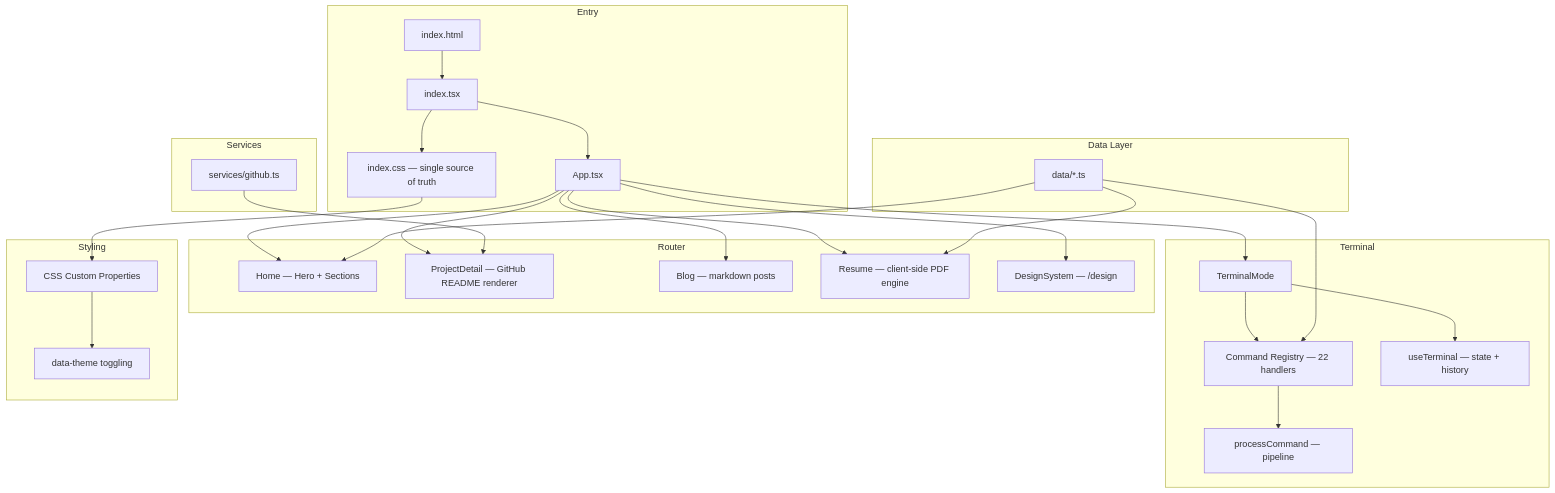
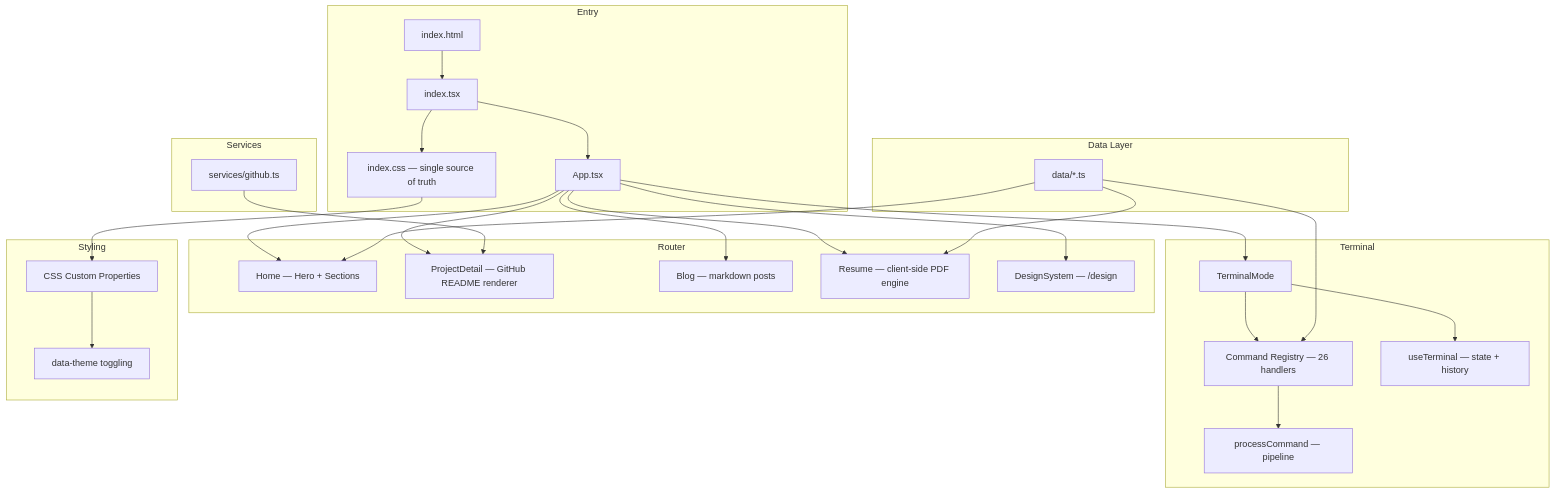
Before and after one commit to euphoric-habromaniac/pranjalkumar.com: the diagram in README.md, drawn with Mermaid. The commit also changed other lines of this file and 6 other files, not shown here.

````diff
--- a/README.md
+++ b/README.md
@@ -42,38 +42,38 @@
 ```mermaid
 graph TB
     subgraph Entry
         HTML[index.html] --> TSX[index.tsx]
         TSX --> CSS[index.css — single source of truth]
         TSX --> APP[App.tsx]
     end
 
     subgraph Router
         APP --> HOME[Home — Hero + Sections]
         APP --> PD[ProjectDetail — GitHub README renderer]
         APP --> BLOG[Blog — markdown posts]
         APP --> RES[Resume — client-side PDF engine]
         APP --> DS[DesignSystem — /design]
     end
 
     subgraph Terminal
         APP --> TM[TerminalMode]
-        TM --> CMD[Command Registry — 22 handlers]
+        TM --> CMD[Command Registry — 26 handlers]
         TM --> HOOK[useTerminal — state + history]
         CMD --> PROC[processCommand — pipeline]
     end
 
     subgraph Data Layer
         DATA[data/*.ts] --> HOME
         DATA --> RES
         DATA --> CMD
     end
 
     subgraph Services
         GH[services/github.ts] --> PD
     end
 
     subgraph Styling
         CSS --> TOKENS[CSS Custom Properties]
         TOKENS --> THEME[data-theme toggling]
     end
 ```
````
